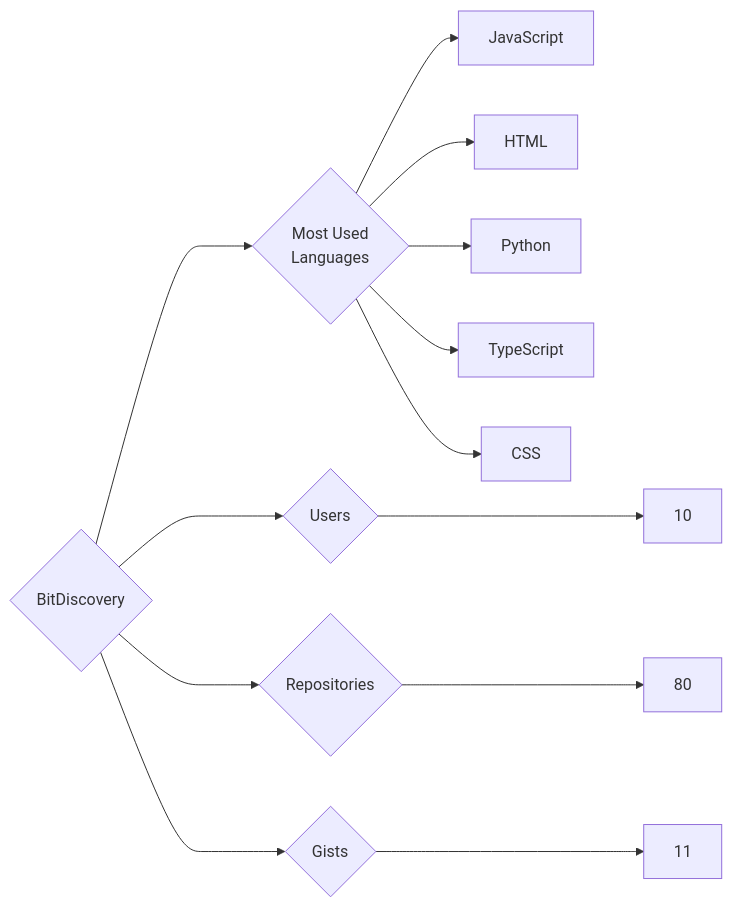
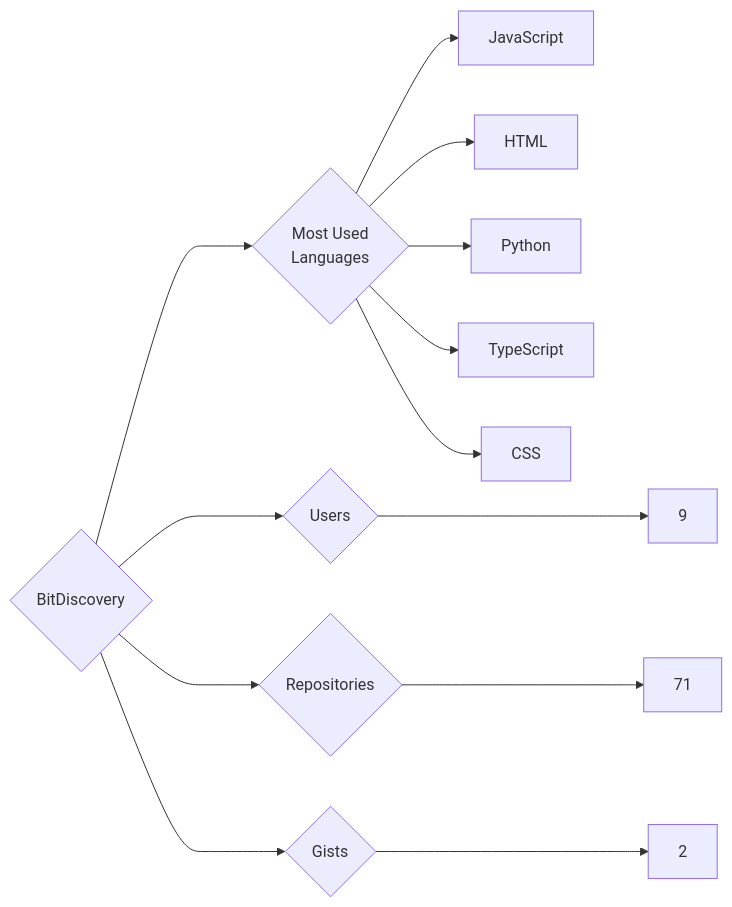
Before and after one commit to trickest/insiders: the diagram in targets/BitDiscovery/README.md, drawn with Mermaid. The commit also changed 1148 other files, not shown here.

````diff
--- a/targets/BitDiscovery/README.md
+++ b/targets/BitDiscovery/README.md
@@ -3,13 +3,13 @@
 ```mermaid
 graph LR
 COMPANY_NAME{BitDiscovery}
-COMPANY_NAME ---> U{Users} ---> UN[10]
-COMPANY_NAME ---> R{Repositories} ---> RN[80]
-COMPANY_NAME ---> G{Gists} ---> GN[11]
+COMPANY_NAME ---> U{Users} ---> UN[9]
+COMPANY_NAME ---> R{Repositories} ---> RN[71]
+COMPANY_NAME ---> G{Gists} ---> GN[2]
 COMPANY_NAME ---> ML{Most Used<br>Languages}
 ML --> JavaScript[JavaScript]
 ML --> HTML[HTML]
 ML --> Python[Python]
 ML --> TypeScript[TypeScript]
 ML --> CSS[CSS]
 ```
````
